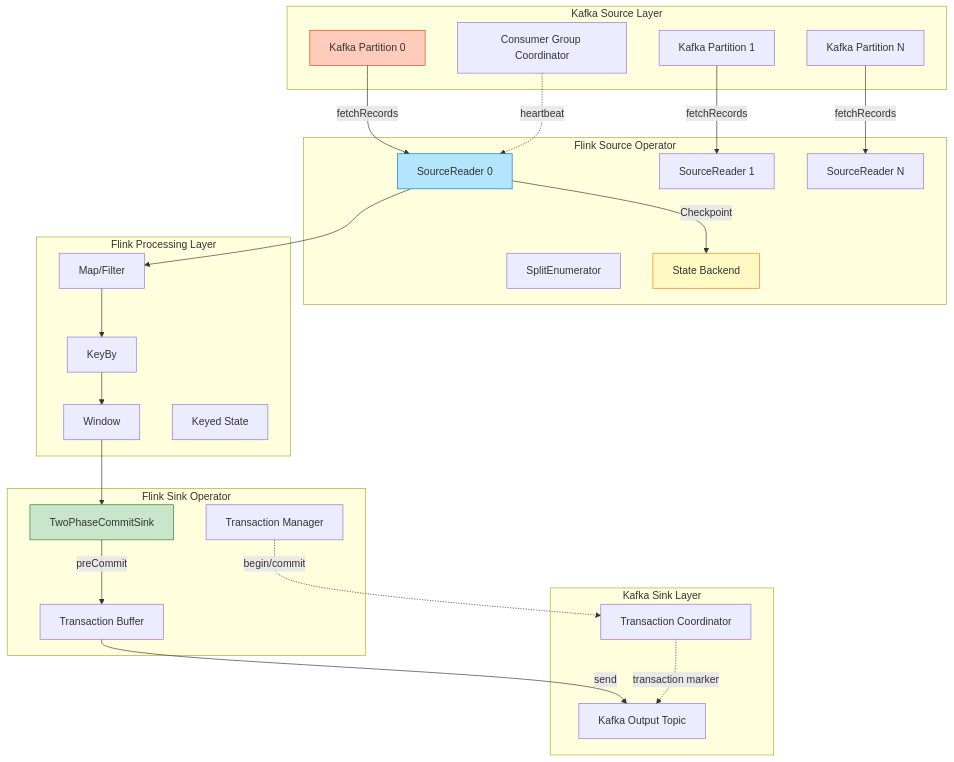
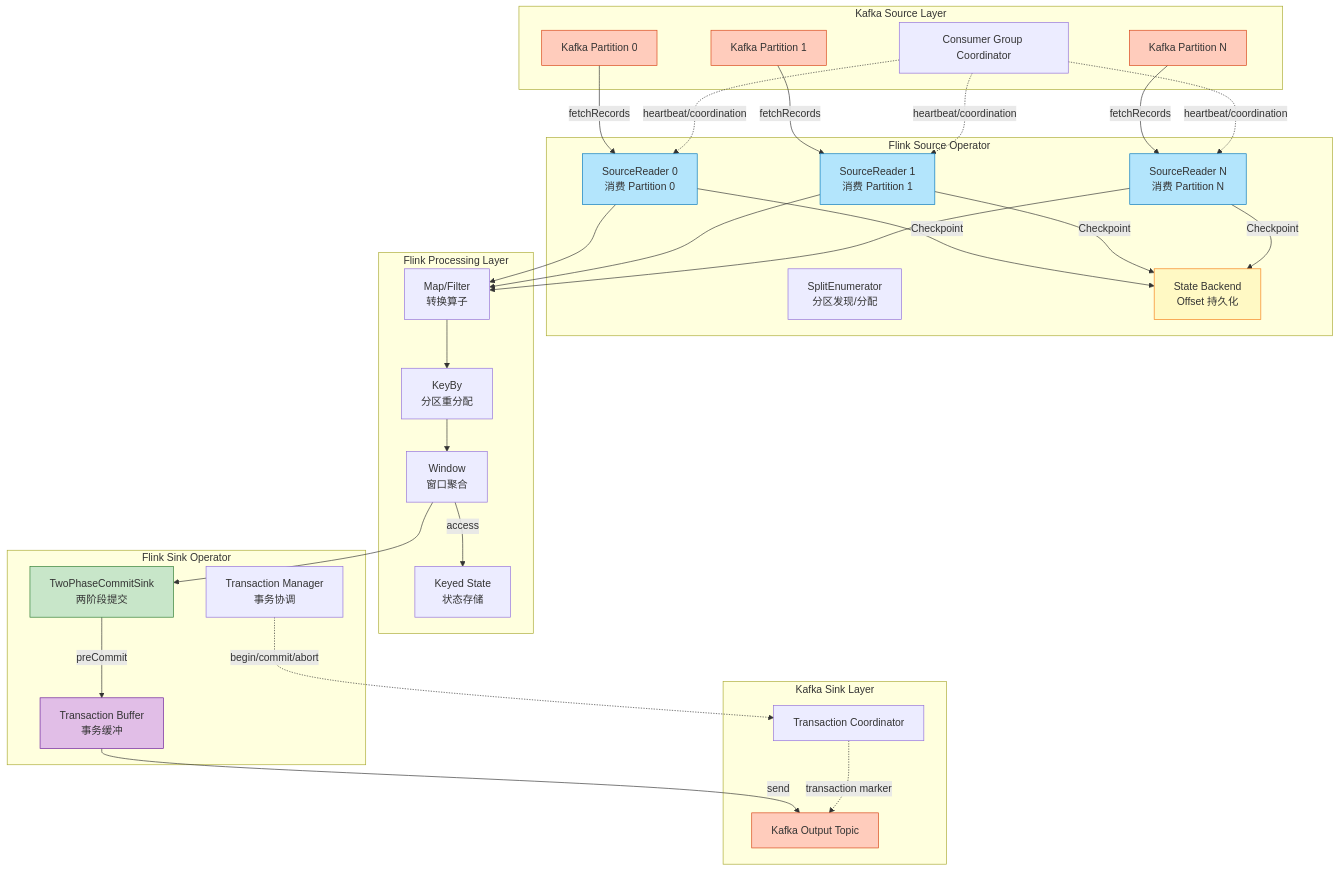
One commit to AdaMartin18010/AnalysisDataFlow changed the first of 4 diagrams in Flink/04-connectors/kafka-integration-patterns.md. Above: the diagram before and after it, drawn with Mermaid. The commit also changed other lines of this file and 10 other files, not shown here.

````diff
--- a/Flink/04-connectors/kafka-integration-patterns.md
+++ b/Flink/04-connectors/kafka-integration-patterns.md
@@ -271,51 +386,70 @@
 ```mermaid
 graph TB
     subgraph "Kafka Source Layer"
         K1[Kafka Partition 0]
         K2[Kafka Partition 1]
         K3[Kafka Partition N]
         CG[Consumer Group Coordinator]
     end
-    
+
     subgraph "Flink Source Operator"
-        S0[SplitEnumerator]
-        S1[SourceReader 0]
-        S2[SourceReader 1]
-        S3[SourceReader N]
-        SM[State Backend]
+        S0[SplitEnumerator<br/>分区发现/分配]
+        S1[SourceReader 0<br/>消费 Partition 0]
+        S2[SourceReader 1<br/>消费 Partition 1]
+        S3[SourceReader N<br/>消费 Partition N]
+        SM[State Backend<br/>Offset 持久化]
     end
-    
+
     subgraph "Flink Processing Layer"
-        MAP[Map/Filter]
-        KEY[KeyBy]
-        WIN[Window]
-        STATE[Keyed State]
+        MAP[Map/Filter<br/>转换算子]
+        KEY[KeyBy<br/>分区重分配]
+        WIN[Window<br/>窗口聚合]
+        STATE[Keyed State<br/>状态存储]
     end
-    
+
     subgraph "Flink Sink Operator"
-        SK[TwoPhaseCommitSink]
-        TX[Transaction Buffer]
-        TM[Transaction Manager]
+        SK[TwoPhaseCommitSink<br/>两阶段提交]
+        TX[Transaction Buffer<br/>事务缓冲]
+        TM[Transaction Manager<br/>事务协调]
     end
-    
+
     subgraph "Kafka Sink Layer"
         KO[Kafka Output Topic]
         TC[Transaction Coordinator]
     end
-    
+
     K1 -->|fetchRecords| S1
     K2 -->|fetchRecords| S2
     K3 -->|fetchRecords| S3
-    CG -.->|heartbeat| S1
-    
+    CG -.->|heartbeat/coordination| S1
+    CG -.->|heartbeat/coordination| S2
+    CG -.->|heartbeat/coordination| S3
+
     S1 -->|Checkpoint| SM
-    S1 --> MAP --> KEY --> WIN --> SK
-    SK -->|preCommit| TX -->|send| KO
-    TM -.->|begin/commit| TC
+    S2 -->|Checkpoint| SM
+    S3 -->|Checkpoint| SM
+
+    S1 --> MAP
+    S2 --> MAP
+    S3 --> MAP
+    MAP --> KEY
+    KEY --> WIN
+    WIN -->|access| STATE
+    WIN --> SK
+
+    SK -->|preCommit| TX
+    TX -->|send| KO
+    TM -.->|begin/commit/abort| TC
     TC -.->|transaction marker| KO
-    
+
     style K1 fill:#ffccbc,stroke:#d84315
+    style K2 fill:#ffccbc,stroke:#d84315
+    style K3 fill:#ffccbc,stroke:#d84315
     style S1 fill:#b3e5fc,stroke:#0277bd
+    style S2 fill:#b3e5fc,stroke:#0277bd
+    style S3 fill:#b3e5fc,stroke:#0277bd
     style SK fill:#c8e6c9,stroke:#2e7d32
+    style KO fill:#ffccbc,stroke:#d84315
     style SM fill:#fff9c4,stroke:#f57f17
+    style TX fill:#e1bee7,stroke:#6a1b9a
 ```
````
